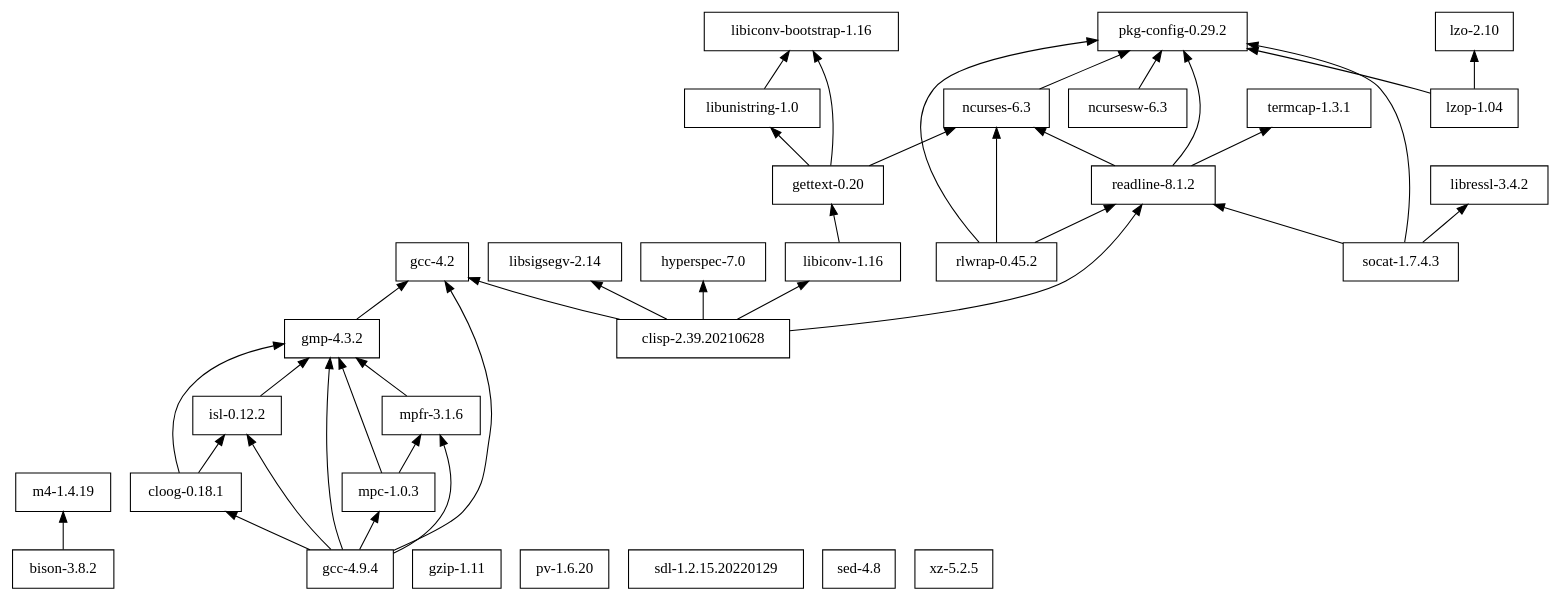
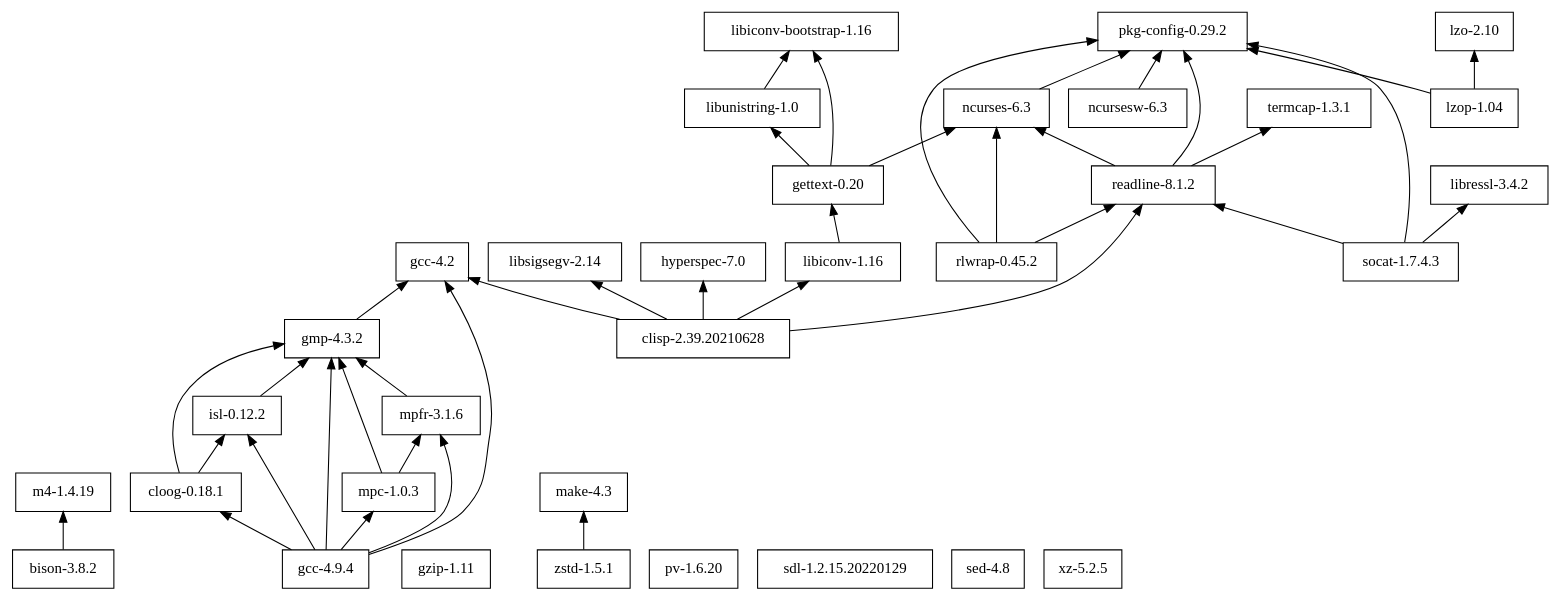
One commit to cellularmitosis/leopard.sh changed the diagram in tigersh/deps/dependencies.dot. Above: the diagram before and after it, drawn with Graphviz. The commit also changed 38 other files, not shown here.

```diff
--- a/tigersh/deps/dependencies.dot
+++ b/tigersh/deps/dependencies.dot
@@ -1,57 +1,59 @@
 digraph mygraph {
 node [shape=box];
 rankdir = BT;
 
 "bison-3.8.2" -> "m4-1.4.19"
 "clisp-2.39.20210628" -> "gcc-4.2"
 "clisp-2.39.20210628" -> "hyperspec-7.0"
 "clisp-2.39.20210628" -> "libiconv-1.16"
 "clisp-2.39.20210628" -> "libsigsegv-2.14"
 "clisp-2.39.20210628" -> "readline-8.1.2"
 "cloog-0.18.1" -> "gmp-4.3.2"
 "cloog-0.18.1" -> "isl-0.12.2"
 "gcc-4.2"
 "gcc-4.9.4" -> "cloog-0.18.1"
 "gcc-4.9.4" -> "gcc-4.2"
 "gcc-4.9.4" -> "gmp-4.3.2"
 "gcc-4.9.4" -> "isl-0.12.2"
 "gcc-4.9.4" -> "mpc-1.0.3"
 "gcc-4.9.4" -> "mpfr-3.1.6"
 "gettext-0.20" -> "libiconv-bootstrap-1.16"
 "gettext-0.20" -> "libunistring-1.0"
 "gettext-0.20" -> "ncurses-6.3"
 "gmp-4.3.2" -> "gcc-4.2"
 "gzip-1.11"
 "hyperspec-7.0"
 "isl-0.12.2" -> "gmp-4.3.2"
 "libiconv-1.16" -> "gettext-0.20"
 "libiconv-bootstrap-1.16"
 "libressl-3.4.2"
 "libsigsegv-2.14"
 "libunistring-1.0" -> "libiconv-bootstrap-1.16"
 "lzo-2.10"
 "lzop-1.04" -> "lzo-2.10"
 "lzop-1.04" -> "pkg-config-0.29.2"
 "m4-1.4.19"
+"make-4.3"
 "mpc-1.0.3" -> "gmp-4.3.2"
 "mpc-1.0.3" -> "mpfr-3.1.6"
 "mpfr-3.1.6" -> "gmp-4.3.2"
 "ncurses-6.3" -> "pkg-config-0.29.2"
 "ncursesw-6.3" -> "pkg-config-0.29.2"
 "pkg-config-0.29.2"
 "pv-1.6.20"
 "readline-8.1.2" -> "ncurses-6.3"
 "readline-8.1.2" -> "pkg-config-0.29.2"
 "readline-8.1.2" -> "termcap-1.3.1"
 "rlwrap-0.45.2" -> "ncurses-6.3"
 "rlwrap-0.45.2" -> "pkg-config-0.29.2"
 "rlwrap-0.45.2" -> "readline-8.1.2"
 "sdl-1.2.15.20220129"
 "sed-4.8"
 "socat-1.7.4.3" -> "libressl-3.4.2"
 "socat-1.7.4.3" -> "pkg-config-0.29.2"
 "socat-1.7.4.3" -> "readline-8.1.2"
 "termcap-1.3.1"
 "xz-5.2.5"
+"zstd-1.5.1" -> "make-4.3"
 
 }
```
